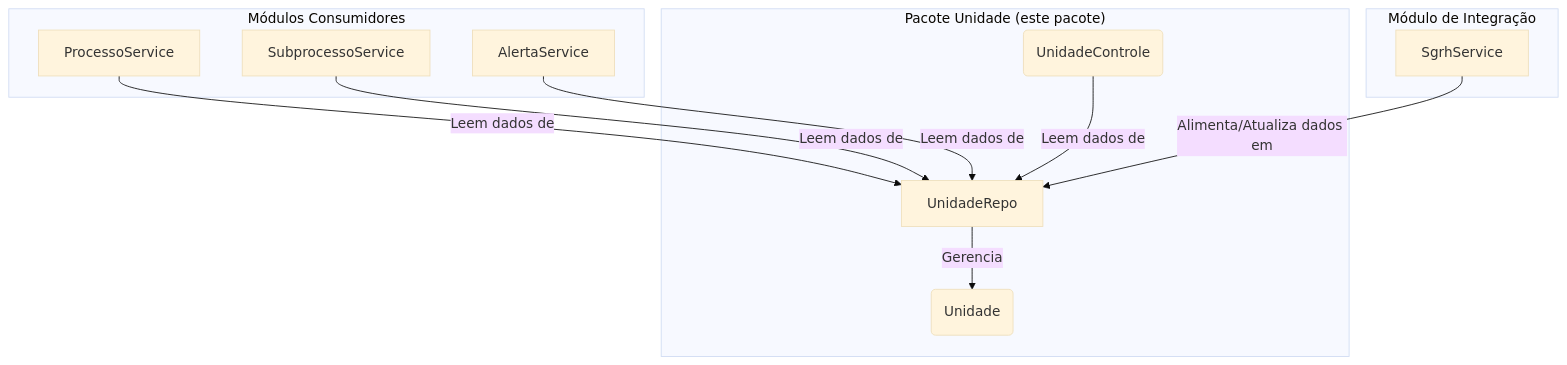
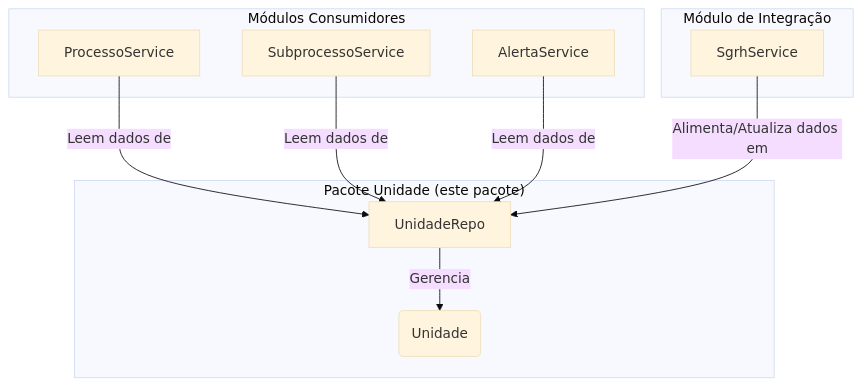
The diagram in backend/src/main/java/sgc/unidade/README.md (lgalvao/sgc), drawn with Mermaid (base theme) before and after one commit. The commit also changed other lines of this file and 8 other files, not shown here.

````diff
--- a/backend/src/main/java/sgc/unidade/README.md
+++ b/backend/src/main/java/sgc/unidade/README.md
@@ -11,25 +11,23 @@
 ```mermaid
 graph TD
     subgraph "Pacote Unidade (este pacote)"
-        Controle(UnidadeControle)
         Modelo(Unidade)
         Repo[UnidadeRepo]
     end
 
     subgraph "Módulos Consumidores"
         ProcessoService
         SubprocessoService
         AlertaService
     end
 
     subgraph "Módulo de Integração"
         SgrhService
     end
 
     ProcessoService & SubprocessoService & AlertaService -- Leem dados de --> Repo
-    Controle -- Leem dados de --> Repo
 
     SgrhService -- Alimenta/Atualiza dados em --> Repo
 
     Repo -- Gerencia --> Modelo
 ```
````
